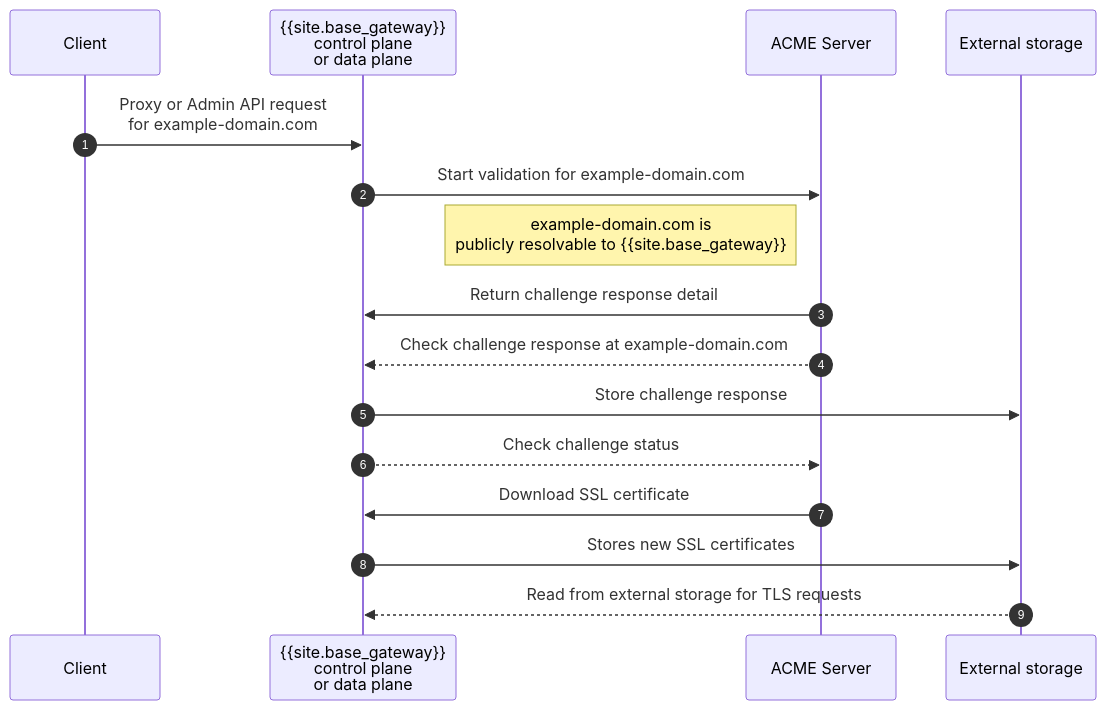
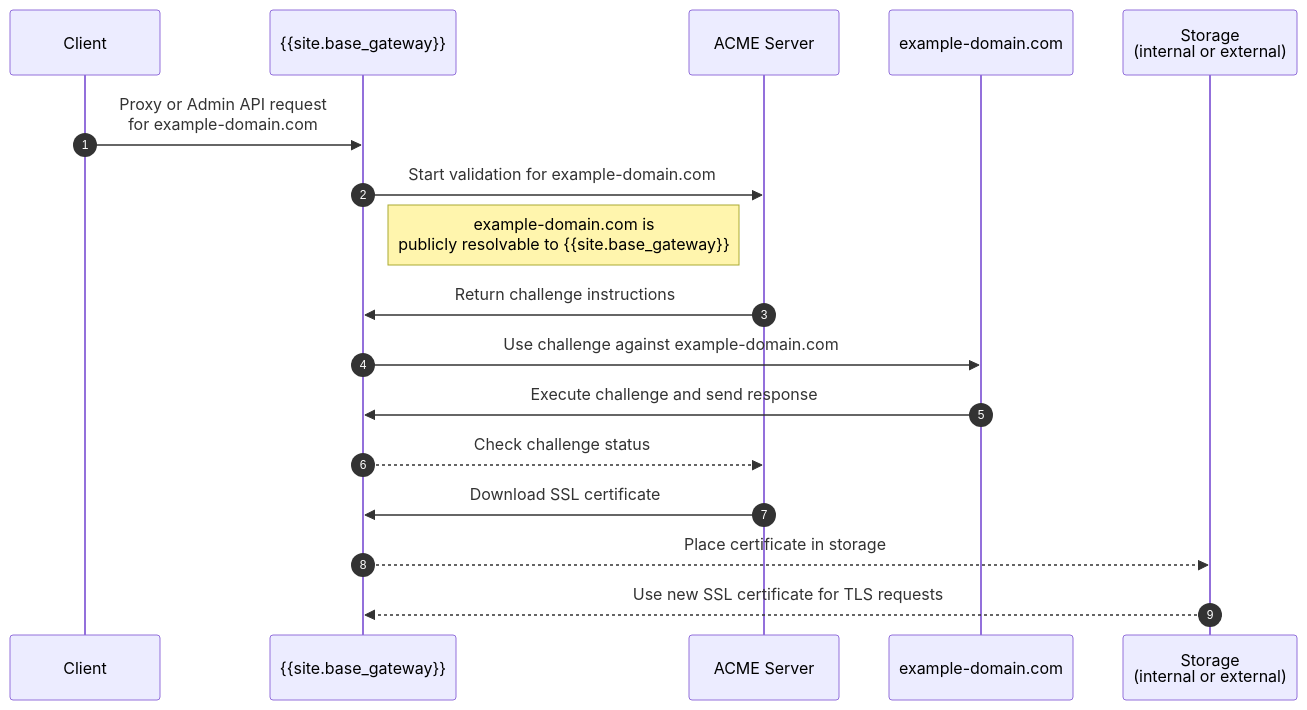
One commit to Kong/developer.konghq.com changed the diagram in app/_kong_plugins/acme/index.md. Above: the diagram before and after it, drawn with Mermaid. The commit also changed other lines of this file, not shown here.

```diff
--- a/app/_kong_plugins/acme/index.md
+++ b/app/_kong_plugins/acme/index.md
@@ -185,19 +143,20 @@
 {% mermaid %}
 sequenceDiagram
     autonumber
     participant client as Client
-    participant kong as {{site.base_gateway}} <br> control plane <br> or data plane
+    participant kong as {{site.base_gateway}}
     participant acme as ACME Server
-    participant storage as External storage
+    participant domain as example-domain.com
+    participant storage as Storage <br>(internal or external)
 
     client->>kong: Proxy or Admin API request <br> for example-domain.com
     kong->>acme: Start validation for example-domain.com
     note left of acme: example-domain.com is <br> publicly resolvable to {{site.base_gateway}}
-    acme->>kong: Return challenge response detail
-    acme-->>kong: Check challenge response at example-domain.com
-    kong->>storage: Store challenge response
+    acme->>kong: Return challenge instructions
+    kong->>domain: Use challenge against example-domain.com
+    domain->>kong: Execute challenge and send response
     kong-->>acme: Check challenge status
     acme->>kong: Download SSL certificate
-    kong->>storage: Stores new SSL certificates
-    storage-->>kong: Read from external storage for TLS requests
+    kong-->>storage: Place certificate in storage
+    storage-->>kong: Use new SSL certificate for TLS requests
 {% endmermaid %}
```
